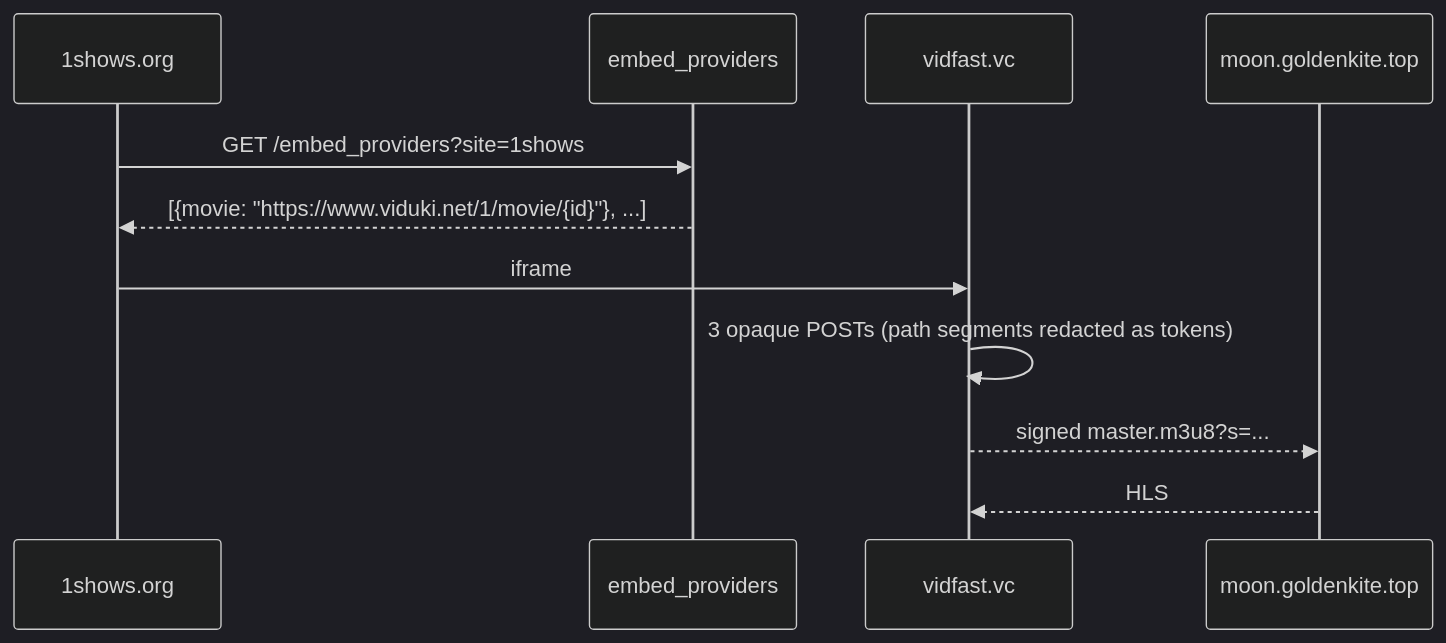
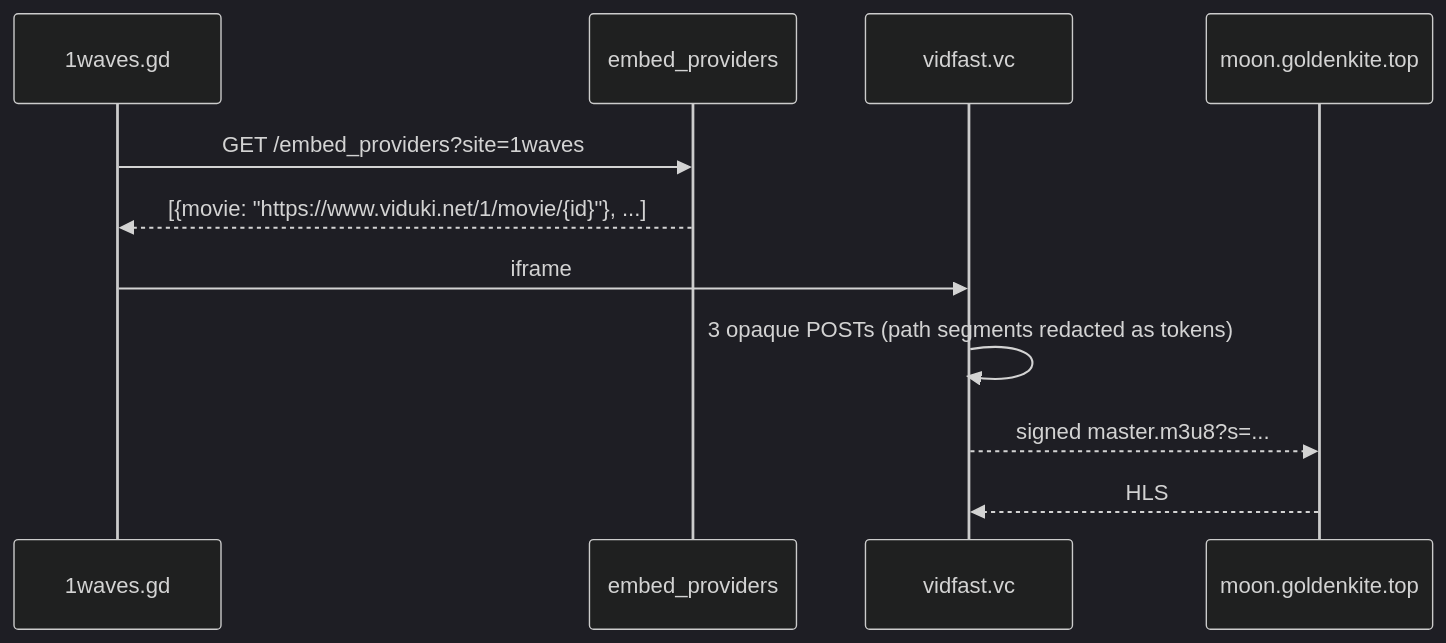
The second of 3 diagrams in .opencode/specs/2026-11-19-tv-movies-design.md (soulsam480/mieru), drawn with Mermaid (dark theme) before and after one commit. The commit also changed other lines of this file and 8 other files, not shown here.

````diff
--- a/.opencode/specs/2026-11-19-tv-movies-design.md
+++ b/.opencode/specs/2026-11-19-tv-movies-design.md
@@ -48,13 +48,13 @@
 ```mermaid
 sequenceDiagram
-    participant Site as 1shows.org
+    participant Site as 1waves.gd
     participant Prov as embed_providers
     participant Player as vidfast.vc
     participant CDN as moon.goldenkite.top
-    Site->>Prov: GET /embed_providers?site=1shows
+    Site->>Prov: GET /embed_providers?site=1waves
     Prov-->>Site: [{movie: "https://www.viduki.net/1/movie/{id}"}, ...]
     Site->>Player: iframe
     Player->>Player: 3 opaque POSTs (path segments redacted as tokens)
     Player-->>CDN: signed master.m3u8?s=...
     CDN-->>Player: HLS
 ```
````
